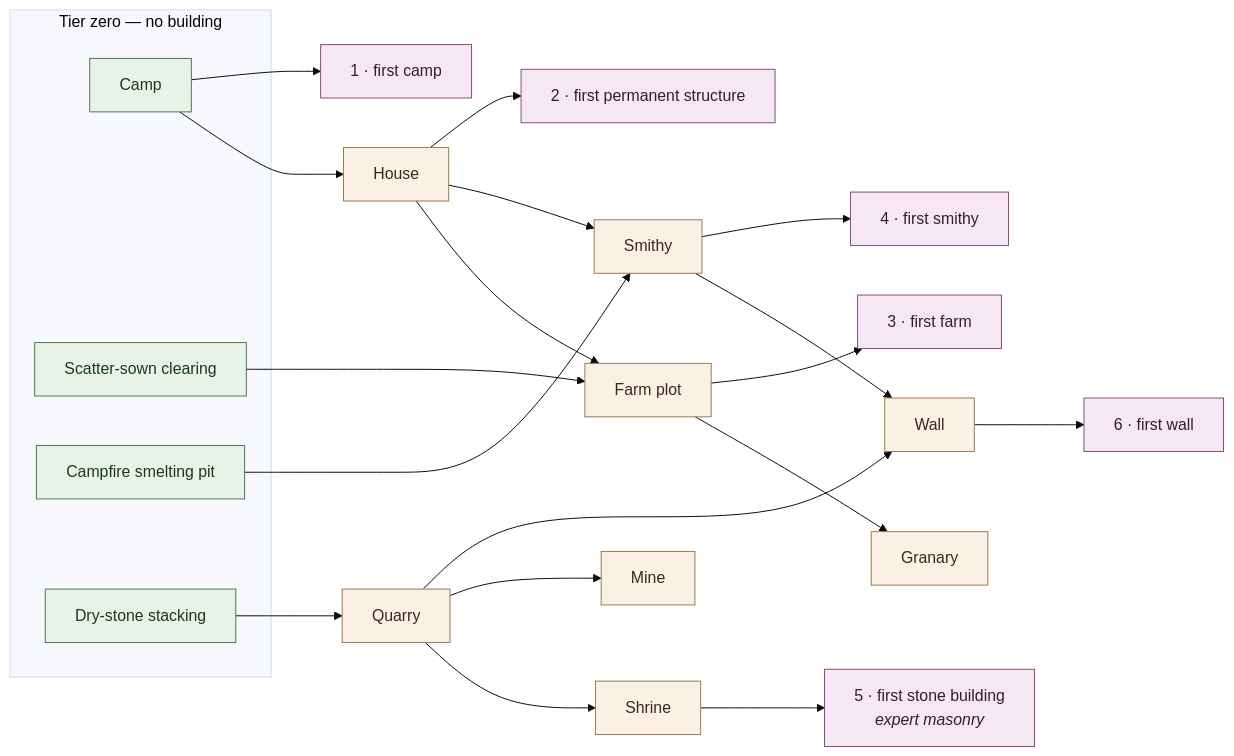
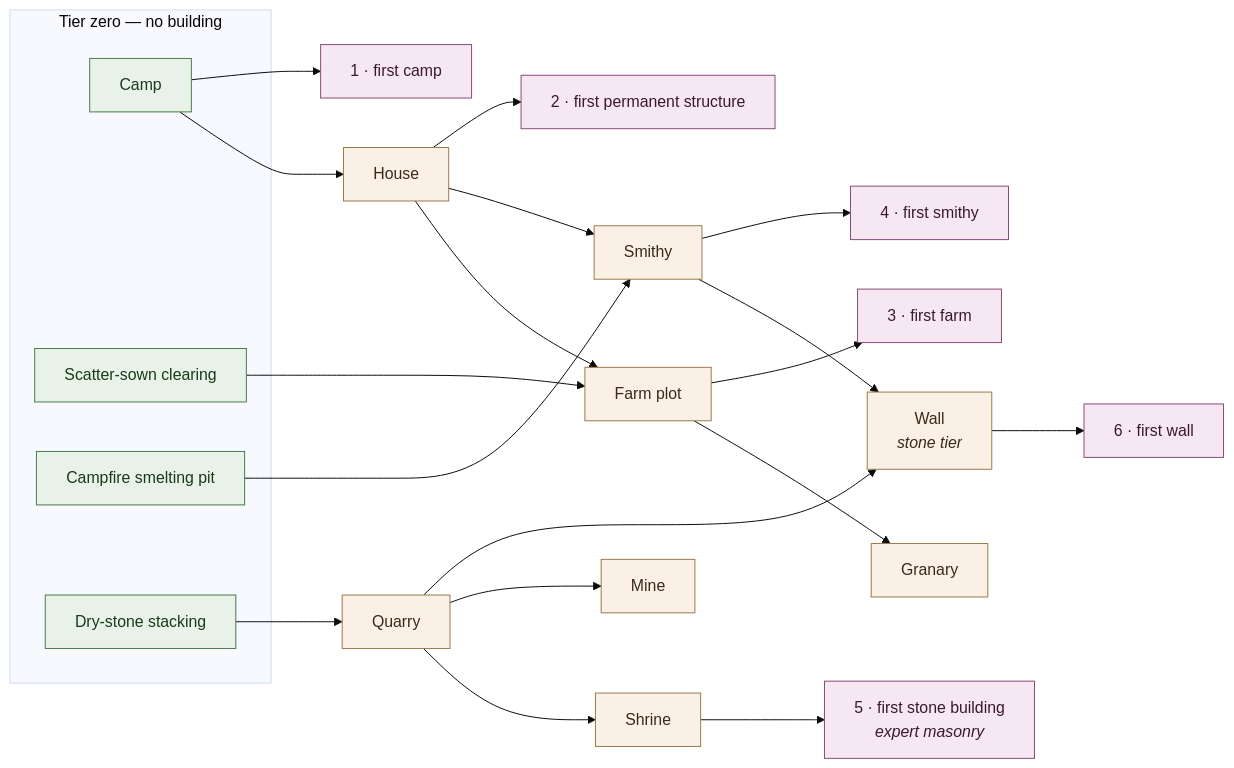
The second of 2 diagrams in docs/design/kingdom-watch-economy-ladder.md (zhollis21/KingdomWatch), drawn with Mermaid (base theme) before and after one commit. The commit also changed other lines of this file, not shown here.

First line of the commit message:
Give the wall and watchtower a wood tier (#78)

````diff
--- a/docs/design/kingdom-watch-economy-ladder.md
+++ b/docs/design/kingdom-watch-economy-ladder.md
@@ -505,32 +516,32 @@
 ```mermaid
 flowchart LR
   classDef tier0 fill:#e8f2e8,stroke:#4a7a4a,color:#1a3a1a
   classDef bld fill:#faf0e6,stroke:#9a7a4a,color:#3a2a1a
   classDef ms fill:#f6e8f2,stroke:#8a4a7a,color:#3a1a2a
 
   subgraph T0["Tier zero — no building"]
     Camp["Camp"]:::tier0
     Clearing["Scatter-sown clearing"]:::tier0
     Pit["Campfire smelting pit"]:::tier0
     Dry["Dry-stone stacking"]:::tier0
   end
 
   Camp --> House["House"]:::bld
   Clearing --> Plot["Farm plot"]:::bld
   House --> Plot
   Plot --> Granary["Granary"]:::bld
   Dry --> QuarryB["Quarry"]:::bld
   QuarryB --> Shrine["Shrine"]:::bld
   QuarryB --> MineB["Mine"]:::bld
   Pit --> Smithy["Smithy"]:::bld
   House --> Smithy
-  QuarryB --> Wall["Wall"]:::bld
+  QuarryB --> Wall["Wall<br/><i>stone tier</i>"]:::bld
   Smithy --> Wall
 
   Camp --> M1["1 · first camp"]:::ms
   House --> M2["2 · first permanent structure"]:::ms
   Plot --> M3["3 · first farm"]:::ms
   Smithy --> M4["4 · first smithy"]:::ms
   Shrine --> M5["5 · first stone building<br/><i>expert masonry</i>"]:::ms
   Wall --> M6["6 · first wall"]:::ms
 ```
````
